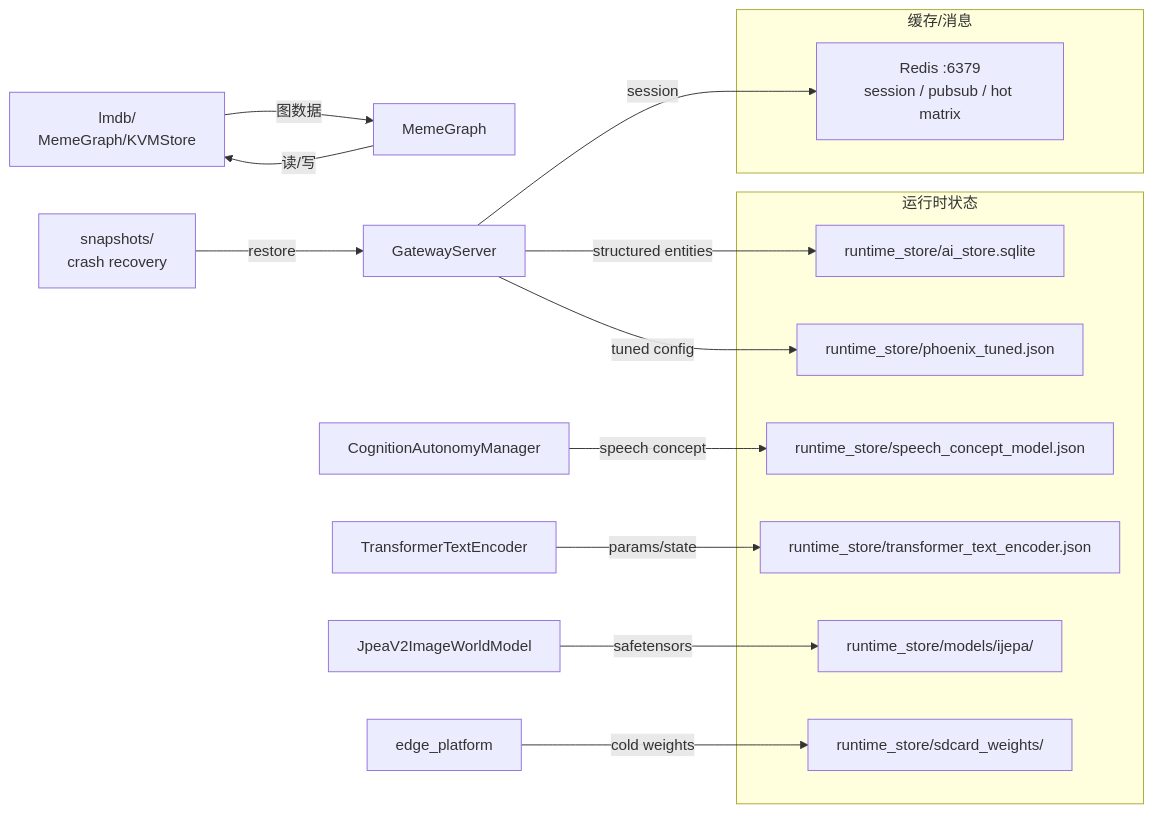
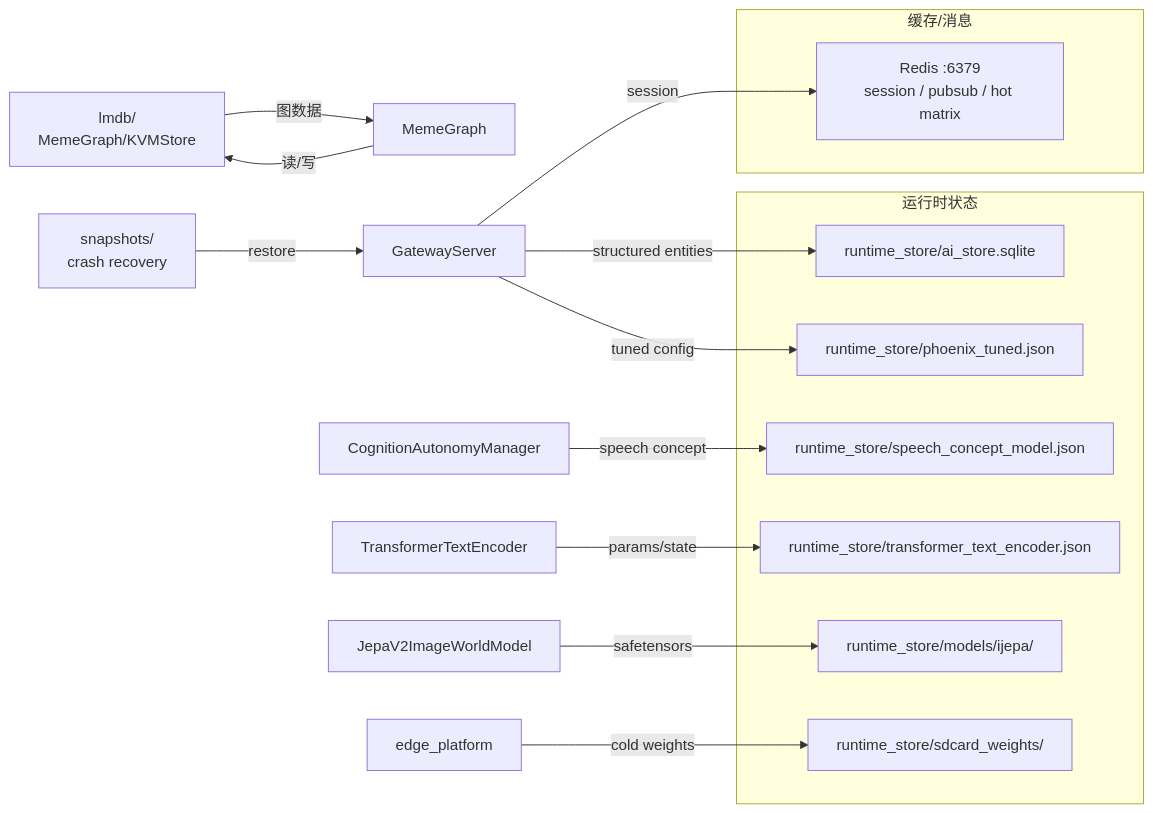
The seventh of 9 diagrams in doc/v7.0/dataflow.md (mumu2009/phoenix), drawn with Mermaid before and after one commit. The commit also changed other lines of this file and 98 other files, not shown here.

````diff
--- a/doc/v7.0/dataflow.md
+++ b/doc/v7.0/dataflow.md
@@ -481,28 +481,28 @@
 ```mermaid
 flowchart LR
     subgraph RUNTIME["运行时状态"]
         RS1["runtime_store/ai_store.sqlite"]
         RS2["runtime_store/phoenix_tuned.json"]
         RS3["runtime_store/speech_concept_model.json"]
         RS4["runtime_store/transformer_text_encoder.json"]
         RS5["runtime_store/models/ijepa/"]
         RS6["runtime_store/sdcard_weights/"]
     end
 
     subgraph CACHE["缓存/消息"]
         RED["Redis :6379<br/>session / pubsub / hot matrix"]
     end
 
     GRAPH["lmdb/<br/>MemeGraph/KVMStore"] -->|图数据| MG3
     SNAP2["snapshots/<br/>crash recovery"] -->|restore| GW2
 
     MG3["MemeGraph"] -->|读/写| GRAPH
     GW2["GatewayServer"] -->|session| RED
     CAM2["CognitionAutonomyManager"] -->|speech concept| RS3
     TXT2["TransformerTextEncoder"] -->|params/state| RS4
-    IMG2["JpeaV2ImageWorldModel"] -->|safetensors| RS5
+    IMG2["JepaV2ImageWorldModel"] -->|safetensors| RS5
     EP3["edge_platform"] -->|cold weights| RS6
 
     GW2 -->|structured entities| RS1
     GW2 -->|tuned config| RS2
 ```
````
